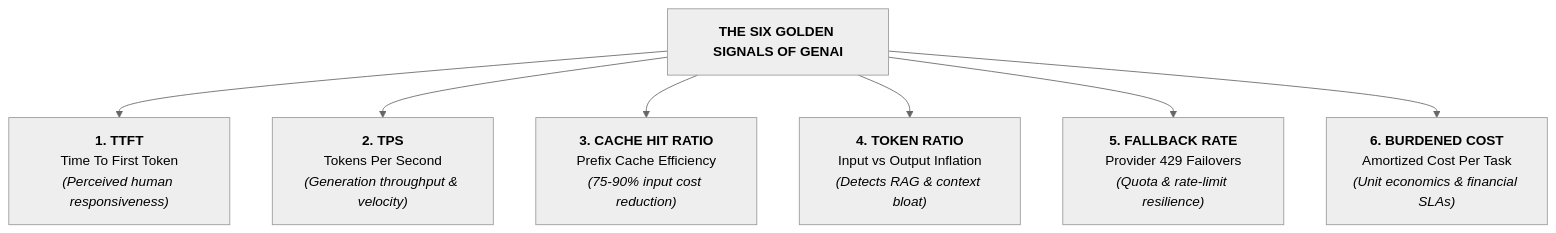
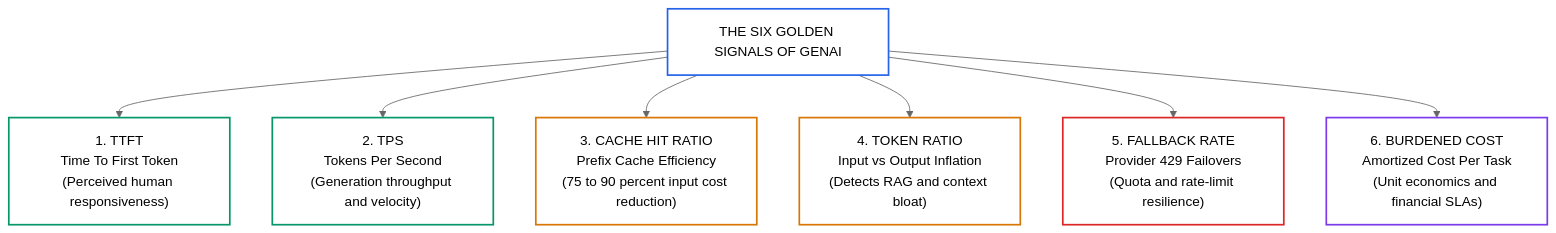
One commit to dip4k/senior-engineer-to-ai-engineer-roadmap changed the first of 2 diagrams in 06-evals-and-observability/06-telemetry-metrics-cost-governance-and-golden-signals.md. Above: the diagram before and after it, drawn with Mermaid (neutral theme). The commit also changed other lines of this file and 10 other files, not shown here.

````diff
--- a/06-evals-and-observability/06-telemetry-metrics-cost-governance-and-golden-signals.md
+++ b/06-evals-and-observability/06-telemetry-metrics-cost-governance-and-golden-signals.md
@@ -50,11 +58,19 @@
 ```mermaid
 flowchart TD
-    Root["<b>THE SIX GOLDEN SIGNALS OF GENAI</b>"]
+    Root["THE SIX GOLDEN SIGNALS OF GENAI"]
     
-    Root --> S1["<b>1. TTFT</b><br/>Time To First Token<br/><i>(Perceived human responsiveness)</i>"]
-    Root --> S2["<b>2. TPS</b><br/>Tokens Per Second<br/><i>(Generation throughput & velocity)</i>"]
-    Root --> S3["<b>3. CACHE HIT RATIO</b><br/>Prefix Cache Efficiency<br/><i>(75-90% input cost reduction)</i>"]
-    Root --> S4["<b>4. TOKEN RATIO</b><br/>Input vs Output Inflation<br/><i>(Detects RAG & context bloat)</i>"]
-    Root --> S5["<b>5. FALLBACK RATE</b><br/>Provider 429 Failovers<br/><i>(Quota & rate-limit resilience)</i>"]
-    Root --> S6["<b>6. BURDENED COST</b><br/>Amortized Cost Per Task<br/><i>(Unit economics & financial SLAs)</i>"]
+    Root --> S1["1. TTFT<br/>Time To First Token<br/>(Perceived human responsiveness)"]
+    Root --> S2["2. TPS<br/>Tokens Per Second<br/>(Generation throughput and velocity)"]
+    Root --> S3["3. CACHE HIT RATIO<br/>Prefix Cache Efficiency<br/>(75 to 90 percent input cost reduction)"]
+    Root --> S4["4. TOKEN RATIO<br/>Input vs Output Inflation<br/>(Detects RAG and context bloat)"]
+    Root --> S5["5. FALLBACK RATE<br/>Provider 429 Failovers<br/>(Quota and rate-limit resilience)"]
+    Root --> S6["6. BURDENED COST<br/>Amortized Cost Per Task<br/>(Unit economics and financial SLAs)"]
+
+    style Root fill:none,stroke:#2563eb,stroke-width:2px
+    style S1 fill:none,stroke:#059669,stroke-width:2px
+    style S2 fill:none,stroke:#059669,stroke-width:2px
+    style S3 fill:none,stroke:#d97706,stroke-width:2px
+    style S4 fill:none,stroke:#d97706,stroke-width:2px
+    style S5 fill:none,stroke:#dc2626,stroke-width:2px
+    style S6 fill:none,stroke:#7c3aed,stroke-width:2px
 ```
````
